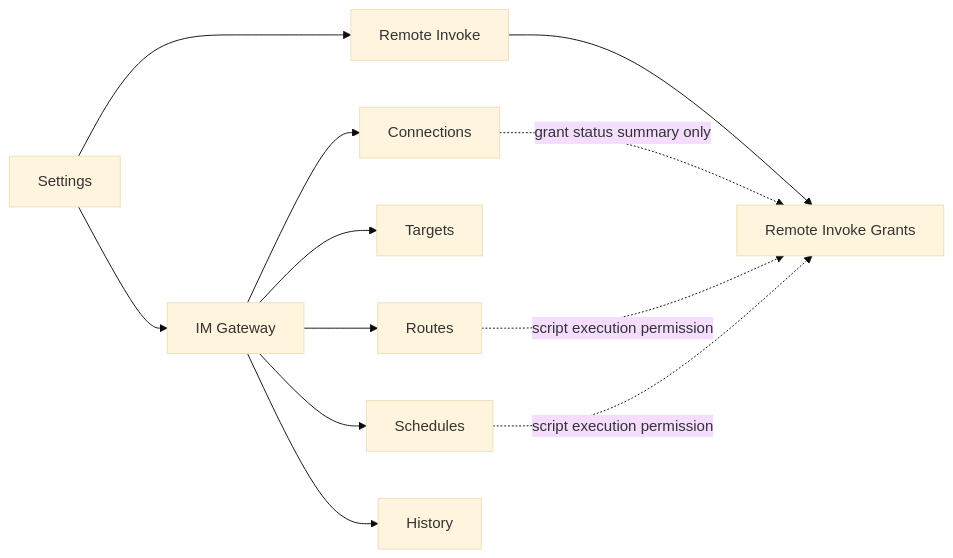
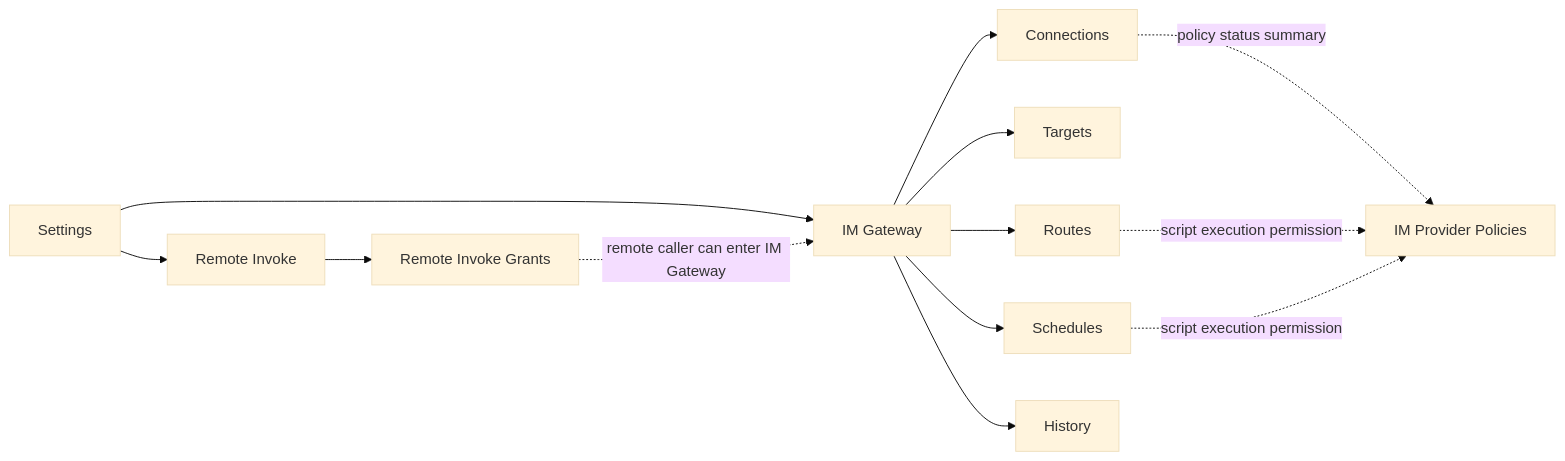
The first of 6 diagrams in design/im-gateway.md (bifrost-proxy/bifrost), drawn with Mermaid (base theme) before and after one commit. The commit also changed other lines of this file and 320 other files, not shown here.

````diff
--- a/design/im-gateway.md
+++ b/design/im-gateway.md
@@ -224,24 +227,26 @@
 ```mermaid
 flowchart LR
     Settings["Settings"]
     RemoteInvoke["Remote Invoke"]
     ImGateway["IM Gateway"]
     Connections["Connections"]
     Targets["Targets"]
     Routes["Routes"]
     Schedules["Schedules"]
     History["History"]
+    Policies["IM Provider Policies"]
     Grants["Remote Invoke Grants"]
 
     Settings --> RemoteInvoke
     Settings --> ImGateway
     ImGateway --> Connections
     ImGateway --> Targets
     ImGateway --> Routes
     ImGateway --> Schedules
     ImGateway --> History
     RemoteInvoke --> Grants
-    Connections -. "grant status summary only" .-> Grants
-    Routes -. "script execution permission" .-> Grants
-    Schedules -. "script execution permission" .-> Grants
+    Connections -. "policy status summary" .-> Policies
+    Routes -. "script execution permission" .-> Policies
+    Schedules -. "script execution permission" .-> Policies
+    Grants -. "remote caller can enter IM Gateway" .-> ImGateway
 ```
````
